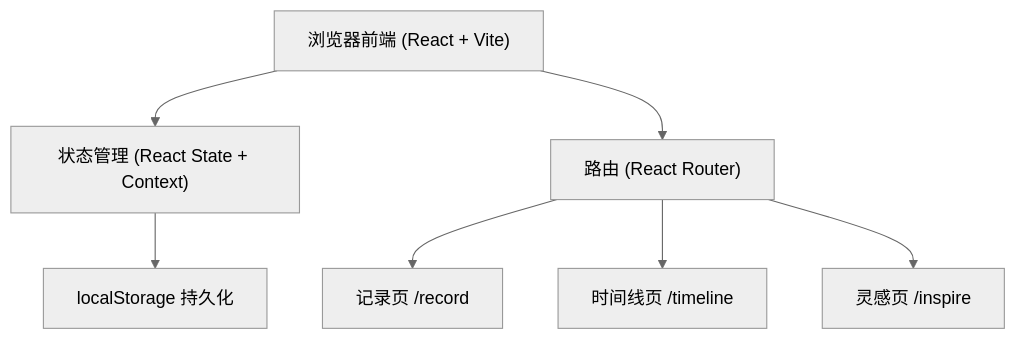
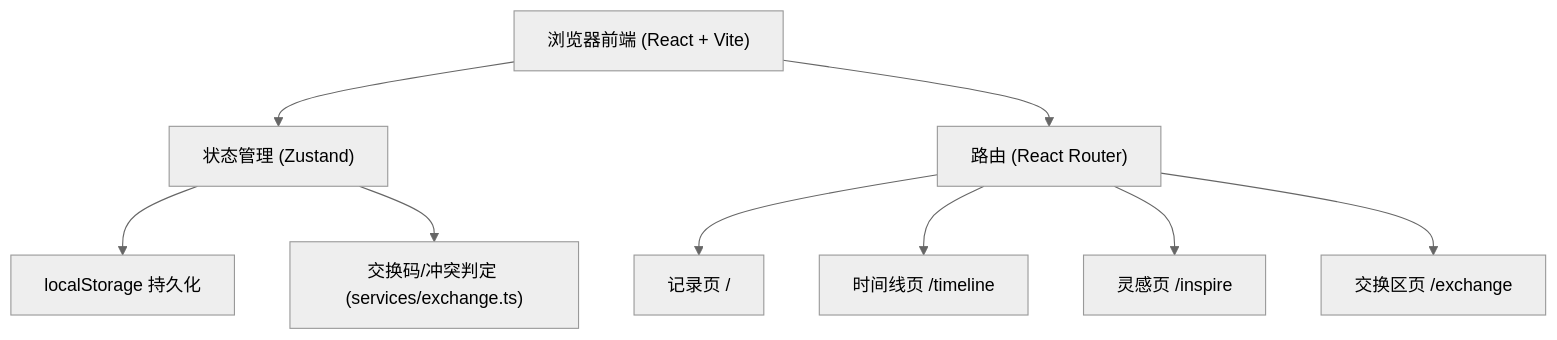
The first of 2 diagrams in .trae/documents/tech-architecture.md (aliAjax/pair-wise-yf-4-q79w), drawn with Mermaid (neutral theme) before and after one commit. The commit also changed other lines of this file and 7 other files, not shown here.

````diff
--- a/.trae/documents/tech-architecture.md
+++ b/.trae/documents/tech-architecture.md
@@ -3,9 +3,11 @@
 ```mermaid
 flowchart TD
-    A["浏览器前端 (React + Vite)"] --> B["状态管理 (React State + Context)"]
+    A["浏览器前端 (React + Vite)"] --> B["状态管理 (Zustand)"]
     B --> C["localStorage 持久化"]
+    B --> E2["交换码/冲突判定 (services/exchange.ts)"]
     A --> D["路由 (React Router)"]
-    D --> E["记录页 /record"]
+    D --> E["记录页 /"]
     D --> F["时间线页 /timeline"]
     D --> G["灵感页 /inspire"]
+    D --> H["交换区页 /exchange"]
 ```
````
